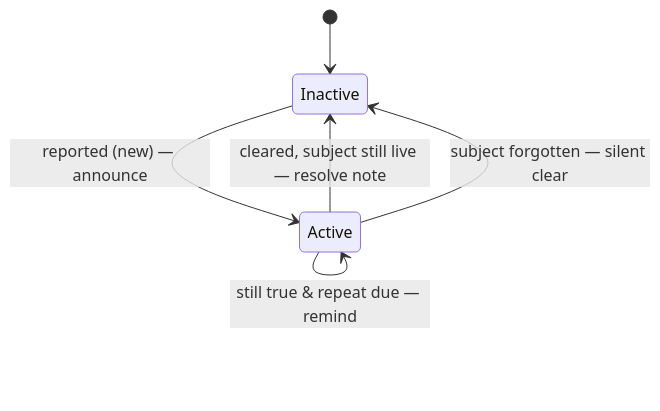
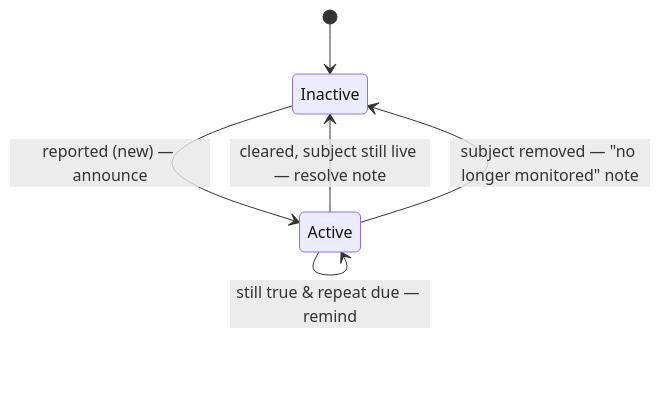
One commit to csmarshall/gluetun-monitor changed the diagram in docs/adr/0012-alert-lifecycle.md. Above: the diagram before and after it, drawn with Mermaid. The commit also changed other lines of this file and 5 other files, not shown here.

First line of the commit message:
feat: notify "no longer monitored" on subject removal instead of silent clear (ADR-0012)

````diff
--- a/docs/adr/0012-alert-lifecycle.md
+++ b/docs/adr/0012-alert-lifecycle.md
@@ -35,8 +35,8 @@
 ```mermaid
 stateDiagram-v2
     [*] --> Inactive
     Inactive --> Active: reported (new) — announce
     Active --> Active: still true & repeat due — remind
     Active --> Inactive: cleared, subject still live — resolve note
-    Active --> Inactive: subject forgotten — silent clear
+    Active --> Inactive: subject removed — "no longer monitored" note
 ```
````
